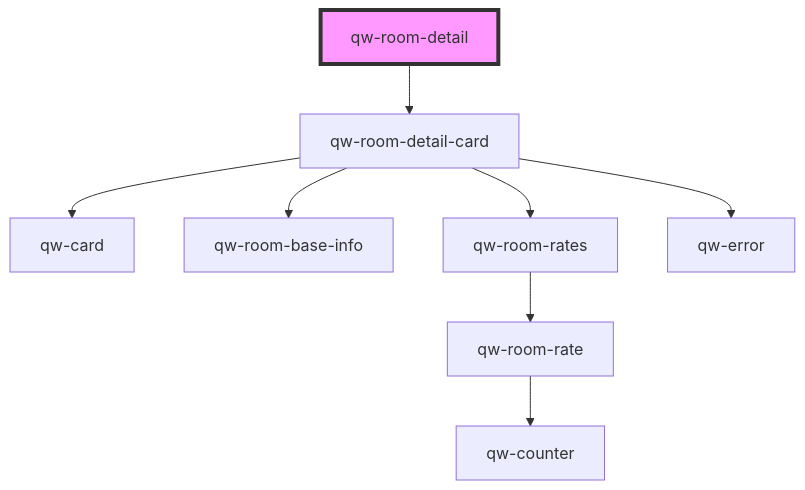
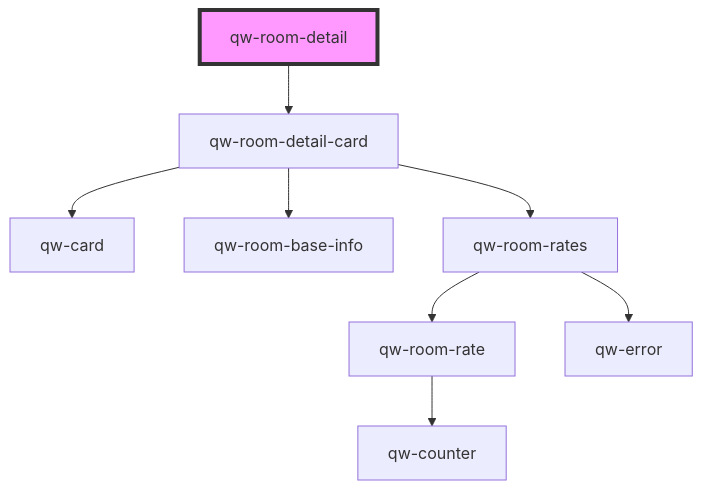
The diagram in src/components/qw-room-detail/readme.md (qwentes-team/qw-hotels), drawn with Mermaid before and after one commit. The commit also changed 12 other files, not shown here.

````diff
--- a/src/components/qw-room-detail/readme.md
+++ b/src/components/qw-room-detail/readme.md
@@ -32,11 +32,11 @@
 ```mermaid
 graph TD;
   qw-room-detail --> qw-room-detail-card
   qw-room-detail-card --> qw-card
   qw-room-detail-card --> qw-room-base-info
   qw-room-detail-card --> qw-room-rates
-  qw-room-detail-card --> qw-error
   qw-room-rates --> qw-room-rate
+  qw-room-rates --> qw-error
   qw-room-rate --> qw-counter
   style qw-room-detail fill:#f9f,stroke:#333,stroke-width:4px
 ```
````
